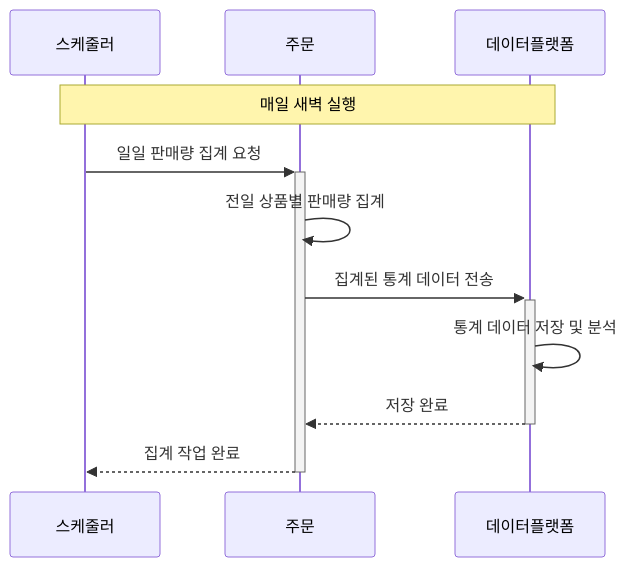
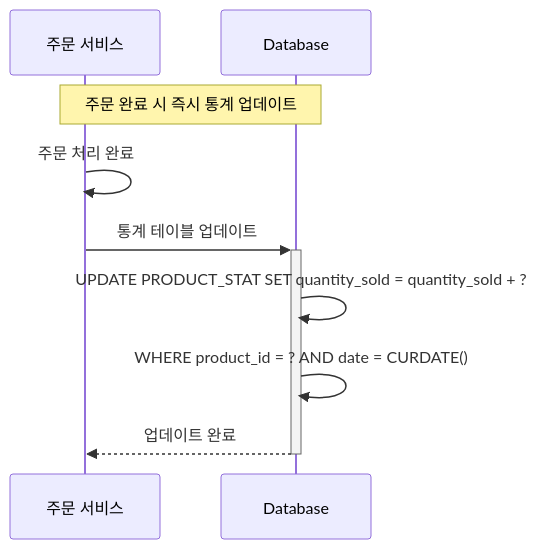
One commit to yuni02/hhplus-ecommerce changed the seventh of 7 diagrams in docs/sequence_diagram.md. Above: the diagram before and after it, drawn with Mermaid. The commit also changed other lines of this file and 2 other files, not shown here.

First line of the commit message:
chore: erd에 상태값 추가하고 시퀀스 다이어그램을 기술적 계층 단위별로 분리하는 방식으로 변경

````diff
--- a/docs/sequence_diagram.md
+++ b/docs/sequence_diagram.md
@@ -176,14 +195,12 @@
 ```mermaid
 sequenceDiagram
-    participant Scheduler as 스케줄러
-    participant Order as 주문
-    participant DataPlatform as 데이터플랫폼
-
-    Note over Scheduler, DataPlatform: 매일 새벽 실행
-    Scheduler->>+Order: 일일 판매량 집계 요청
-    Order->>Order: 전일 상품별 판매량 집계
-    Order->>+DataPlatform: 집계된 통계 데이터 전송
-    DataPlatform->>DataPlatform: 통계 데이터 저장 및 분석
-    DataPlatform-->>-Order: 저장 완료
-    Order-->>-Scheduler: 집계 작업 완료
+    participant Order as 주문 서비스
+    participant DB as Database
+    
+    Note over Order, DB: 주문 완료 시 즉시 통계 업데이트
+    Order->>Order: 주문 처리 완료
+    Order->>+DB: 통계 테이블 업데이트
+    DB->>DB: UPDATE PRODUCT_STAT SET quantity_sold = quantity_sold + ?
+    DB->>DB: WHERE product_id = ? AND date = CURDATE()
+    DB-->>-Order: 업데이트 완료
 ```
````
